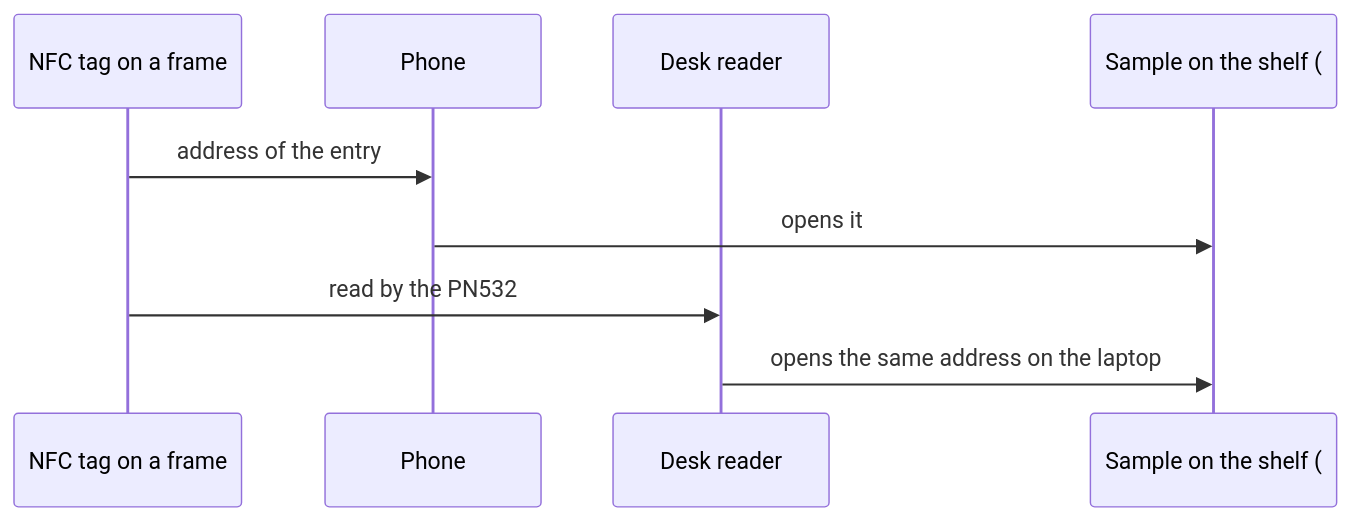
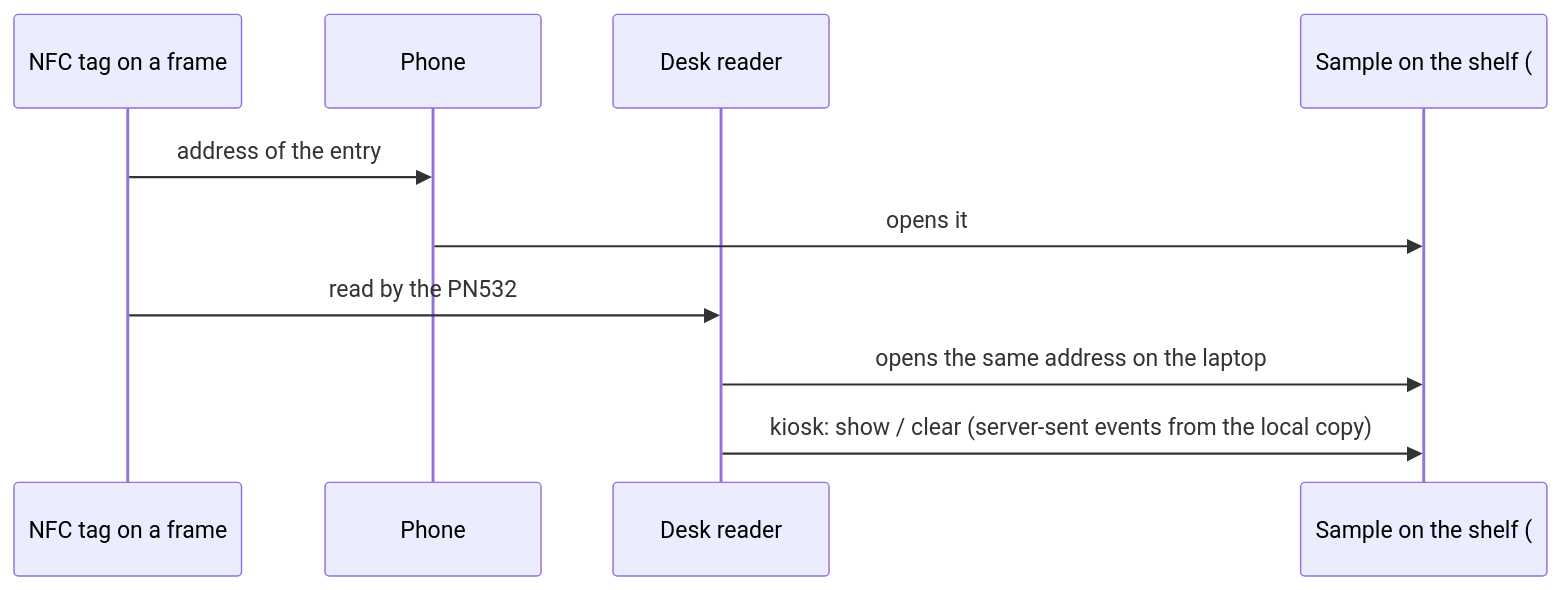
Before and after one commit to NijatM/KnittingPixelArtEditor: the ninth of 9 diagrams in docs/ARCHITECTURE.md, drawn with Mermaid. The commit also changed other lines of this file and 10 other files, not shown here.

Commit message:
Knitting Taxonomy M5: write a sample's tag from the records (address + data, read back), the same tag again flies its frame in again, Web NFC on Android, offline exhibition kiosk (local copy, reader events, one-slot rules, large preview beside the full record, slow swing, --keys stand-in)

````diff
--- a/docs/ARCHITECTURE.md
+++ b/docs/ARCHITECTURE.md
@@ -297,11 +297,12 @@
 ```mermaid
 sequenceDiagram
   participant T as NFC tag on a frame
   participant P as Phone
   participant R as Desk reader
   participant S as Sample on the shelf (#taxonomy/SMP_0001)
   T->>P: address of the entry
   P->>S: opens it
   T->>R: read by the PN532
   R->>S: opens the same address on the laptop
+  R->>S: kiosk: show / clear (server-sent events from the local copy)
 ```
````
